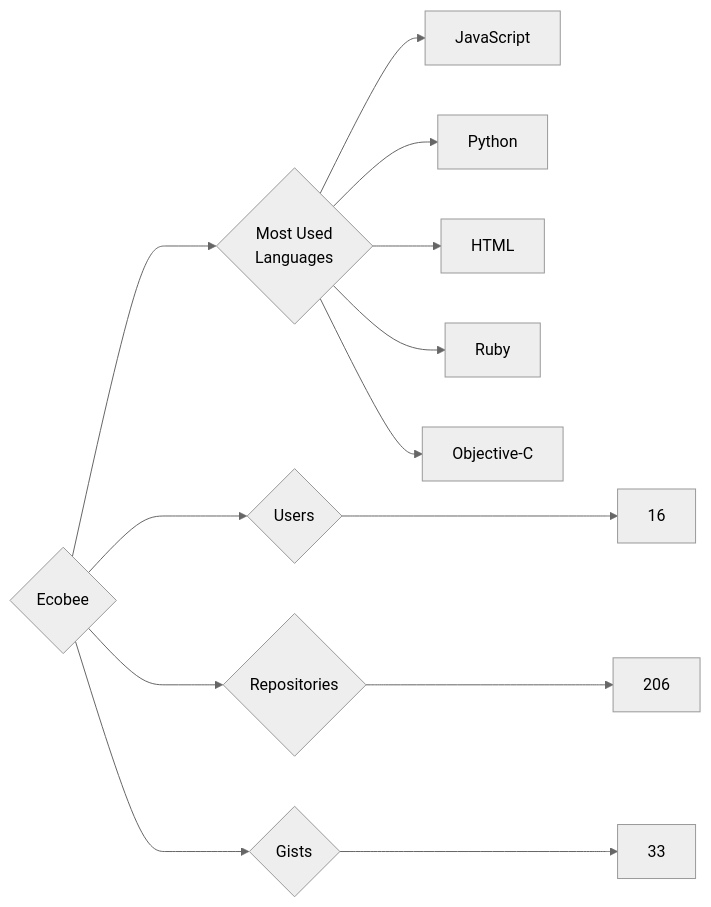
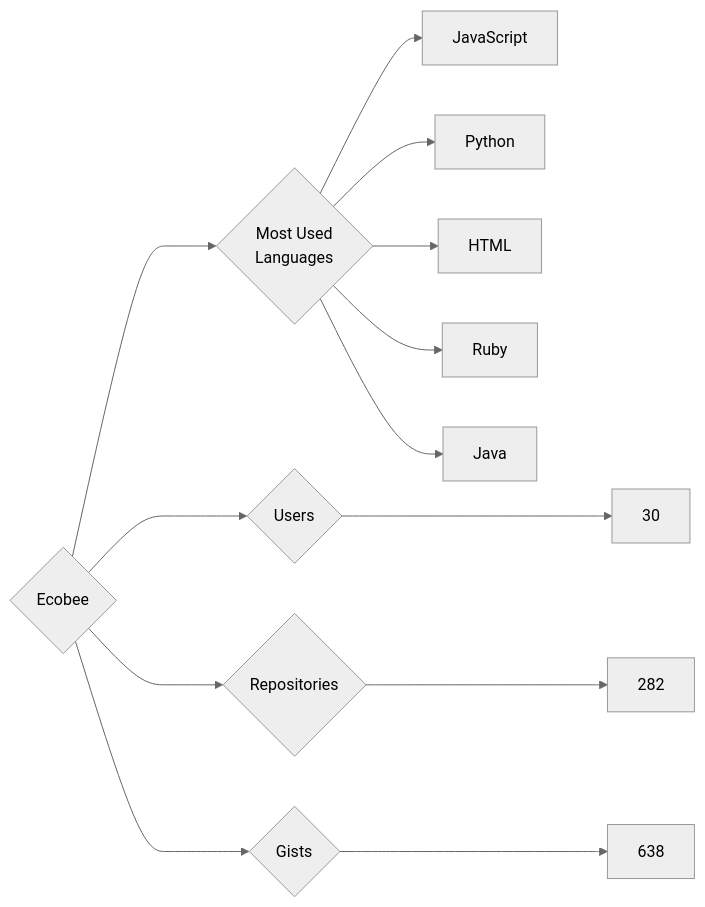
The diagram in targets/Ecobee/README.md (trickest/insiders), drawn with Mermaid (neutral theme) before and after one commit. The commit also changed 930 other files, not shown here.

````diff
--- a/targets/Ecobee/README.md
+++ b/targets/Ecobee/README.md
@@ -3,13 +3,13 @@
 ```mermaid
 graph LR
 COMPANY_NAME{Ecobee}
-COMPANY_NAME ---> U{Users} ---> UN[16]
-COMPANY_NAME ---> R{Repositories} ---> RN[206]
-COMPANY_NAME ---> G{Gists} ---> GN[33]
+COMPANY_NAME ---> U{Users} ---> UN[30]
+COMPANY_NAME ---> R{Repositories} ---> RN[282]
+COMPANY_NAME ---> G{Gists} ---> GN[638]
 COMPANY_NAME ---> ML{Most Used<br>Languages}
 ML --> JavaScript[JavaScript]
 ML --> Python[Python]
 ML --> HTML[HTML]
 ML --> Ruby[Ruby]
-ML --> Objective-C[Objective-C]
+ML --> Java[Java]
 ```
````
